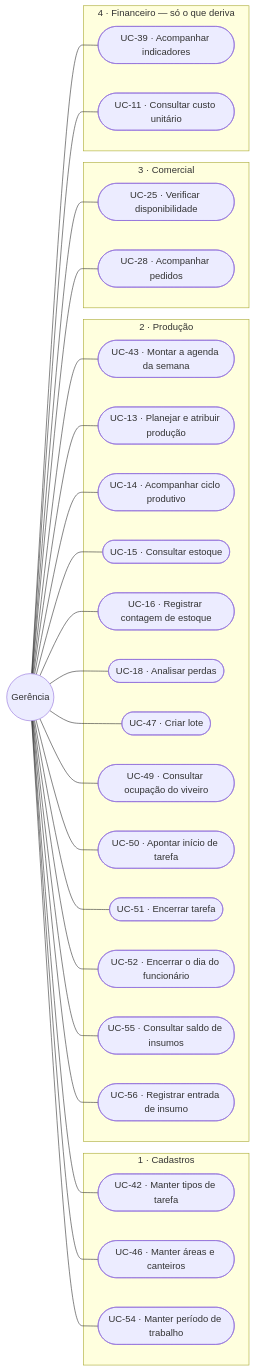
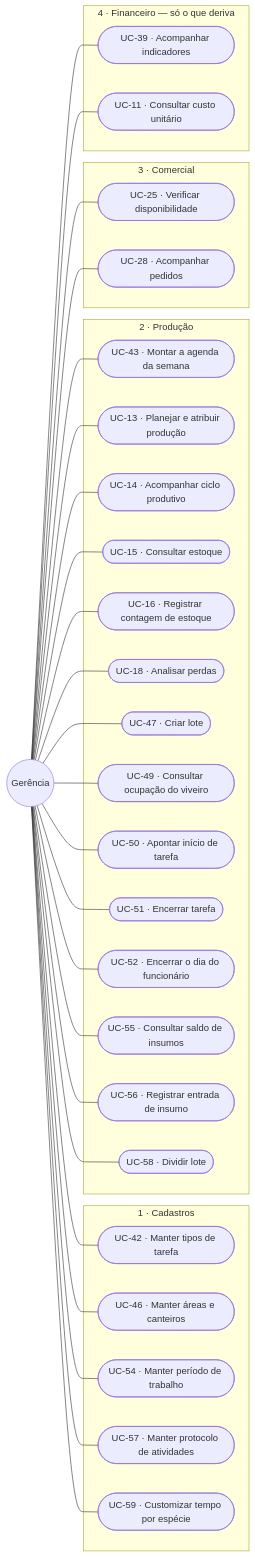
One commit to JoaoMudar/mudar changed the third of 5 diagrams in docs/engenharia/C-modelagem/C1-diagrama-casos-de-uso.md. Above: the diagram before and after it, drawn with Mermaid. The commit also changed other lines of this file and 20 other files, not shown here.

````diff
--- a/docs/engenharia/C-modelagem/C1-diagrama-casos-de-uso.md
+++ b/docs/engenharia/C-modelagem/C1-diagrama-casos-de-uso.md
@@ -204,57 +204,63 @@
 ```mermaid
 graph LR
   GE(("Gerência"))
 
   subgraph M1["1 · Cadastros"]
     UC42(["UC-42 · Manter tipos de tarefa"])
     UC46(["UC-46 · Manter áreas e canteiros"])
     UC54(["UC-54 · Manter período de trabalho"])
+    UC57(["UC-57 · Manter protocolo de atividades"])
+    UC59(["UC-59 · Customizar tempo por espécie"])
   end
 
   subgraph M2["2 · Produção"]
     UC43(["UC-43 · Montar a agenda da semana"])
     UC13(["UC-13 · Planejar e atribuir produção"])
     UC14(["UC-14 · Acompanhar ciclo produtivo"])
     UC15(["UC-15 · Consultar estoque"])
     UC16(["UC-16 · Registrar contagem de estoque"])
     UC18b(["UC-18 · Analisar perdas"])
     UC47(["UC-47 · Criar lote"])
     UC49(["UC-49 · Consultar ocupação do viveiro"])
     UC50(["UC-50 · Apontar início de tarefa"])
     UC51(["UC-51 · Encerrar tarefa"])
     UC52(["UC-52 · Encerrar o dia do funcionário"])
     UC55(["UC-55 · Consultar saldo de insumos"])
     UC56(["UC-56 · Registrar entrada de insumo"])
+    UC58(["UC-58 · Dividir lote"])
   end
 
   subgraph M3["3 · Comercial"]
     UC25(["UC-25 · Verificar disponibilidade"])
     UC28b(["UC-28 · Acompanhar pedidos"])
   end
 
   subgraph M4["4 · Financeiro &mdash; só o que deriva"]
     UC39b(["UC-39 · Acompanhar indicadores"])
     UC11b(["UC-11 · Consultar custo unitário"])
   end
 
   GE --- UC42
   GE --- UC46
   GE --- UC54
+  GE --- UC57
+  GE --- UC59
+  GE --- UC58
   GE --- UC43
   GE --- UC47
   GE --- UC49
   GE --- UC50
   GE --- UC51
   GE --- UC52
   GE --- UC55
   GE --- UC56
   GE --- UC13
   GE --- UC14
   GE --- UC15
   GE --- UC16
   GE --- UC25
   GE --- UC28b
   GE --- UC18b
   GE --- UC39b
   GE --- UC11b
 ```
````
